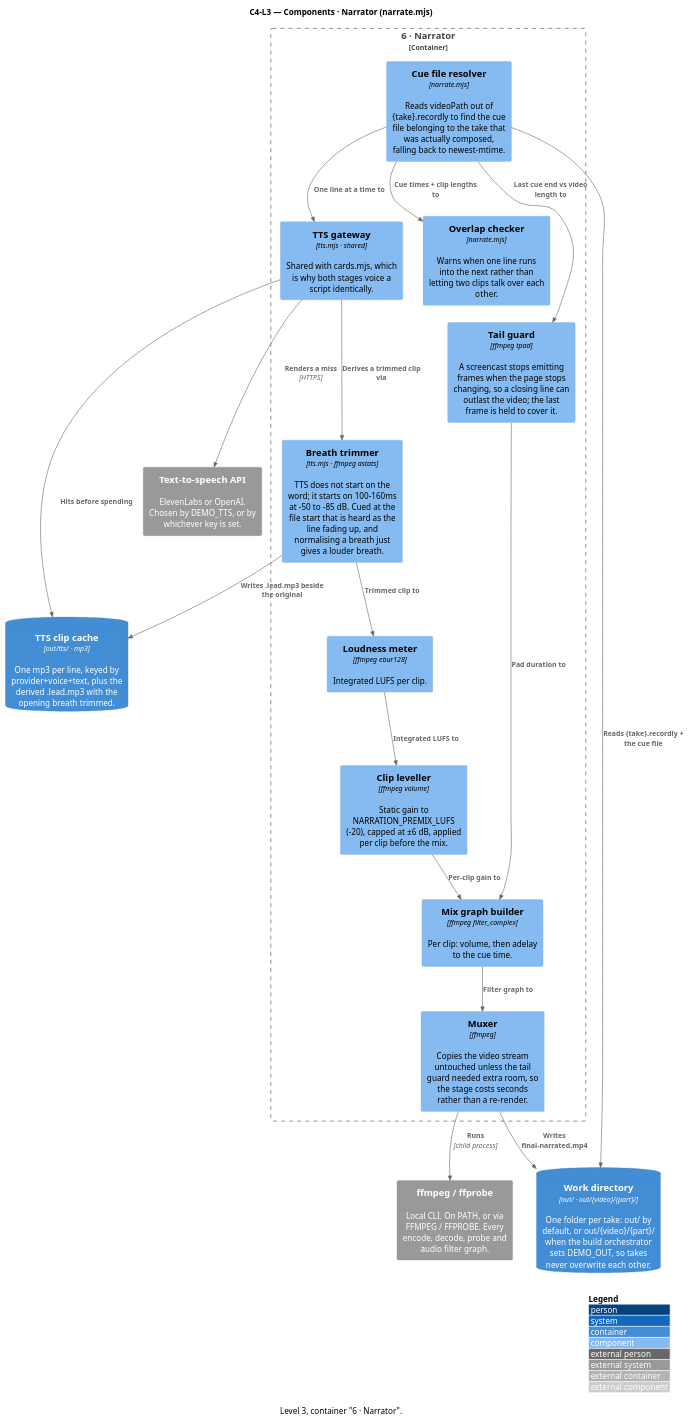
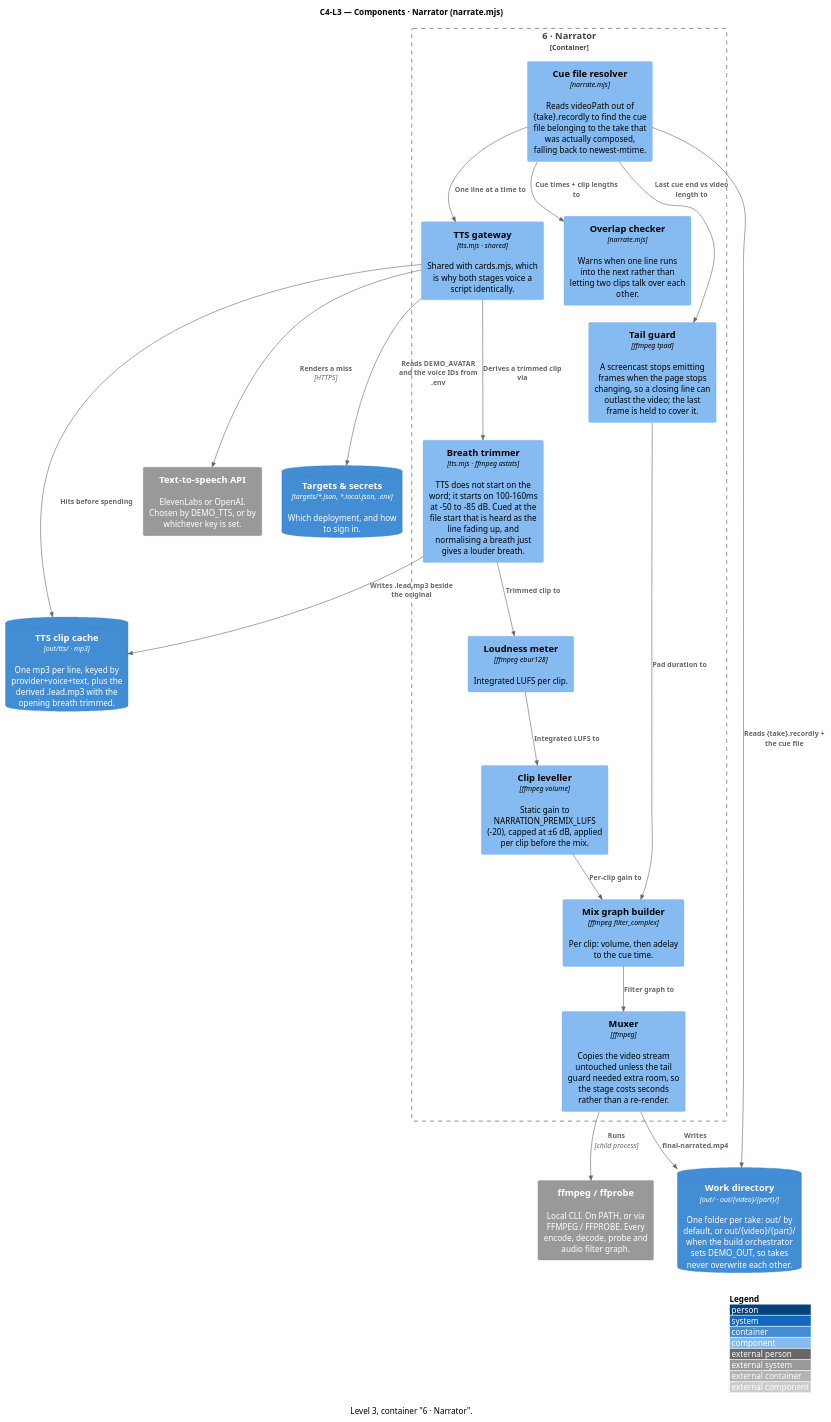
One commit to ssunduko/product-video changed the diagram in docs/c4-l3-narrator.puml. Above: the diagram before and after it, drawn with PlantUML. The commit also changed 27 other files, not shown here.

```diff
--- a/docs/c4-l3-narrator.puml
+++ b/docs/c4-l3-narrator.puml
@@ -1,44 +1,46 @@
 @startuml c4-l3-narrator
 ' Generated by docs/c4-model.mjs — do not edit; edit the model and re-run.
 !include <C4/C4_Component>
 ' No bundled C4 stdlib? Replace the line above with:
 ' !include https://raw.githubusercontent.com/plantuml-stdlib/C4-PlantUML/master/C4_Component.puml
 
 title C4-L3 — Components · Narrator (narrate.mjs)
 caption Level 3, container "6 · Narrator".
 
 ContainerDb(tts_clip_cache, "TTS clip cache", "out/tts/ · mp3", "One mp3 per line, keyed by provider+voice+text, plus the derived .lead.mp3 with the opening breath trimmed.")
 System_Ext(text_to_speech_api, "Text-to-speech API", "ElevenLabs or OpenAI. Chosen by DEMO_TTS, or by whichever key is set.")
 ContainerDb(work_directory, "Work directory", "out/ · out/{video}/{part}/", "One folder per take: out/ by default, or out/{video}/{part}/ when the build orchestrator sets DEMO_OUT, so takes never overwrite each other.")
 System_Ext(ffmpeg_ffprobe, "ffmpeg / ffprobe", "Local CLI. On PATH, or via FFMPEG / FFPROBE. Every encode, decode, probe and audio filter graph.")
+ContainerDb(targets_secrets, "Targets & secrets", "targets/*.json, *.local.json, .env", "Which deployment, and how to sign in.")
 
 Container_Boundary(narrator_2, "6 · Narrator") {
   Component(cue_file_resolver, "Cue file resolver", "narrate.mjs", "Reads videoPath out of {take}.recordly to find the cue file belonging to the take that was actually composed, falling back to newest-mtime.")
   Component(tts_gateway, "TTS gateway", "tts.mjs · shared", "Shared with cards.mjs, which is why both stages voice a script identically.")
   Component(breath_trimmer, "Breath trimmer", "tts.mjs · ffmpeg astats", "TTS does not start on the word; it starts on 100-160ms at -50 to -85 dB. Cued at the file start that is heard as the line fading up, and normalising a breath just gives a louder breath.")
   Component(loudness_meter, "Loudness meter", "ffmpeg ebur128", "Integrated LUFS per clip.")
   Component(clip_leveller, "Clip leveller", "ffmpeg volume", "Static gain to NARRATION_PREMIX_LUFS (-20), capped at ±6 dB, applied per clip before the mix.")
   Component(overlap_checker, "Overlap checker", "narrate.mjs", "Warns when one line runs into the next rather than letting two clips talk over each other.")
   Component(tail_guard, "Tail guard", "ffmpeg tpad", "A screencast stops emitting frames when the page stops changing, so a closing line can outlast the video; the last frame is held to cover it.")
   Component(mix_graph_builder, "Mix graph builder", "ffmpeg filter_complex", "Per clip: volume, then adelay to the cue time.")
   Component(muxer, "Muxer", "ffmpeg", "Copies the video stream untouched unless the tail guard needed extra room, so the stage costs seconds rather than a re-render.")
 }
 
+Rel(tts_gateway, targets_secrets, "Reads DEMO_AVATAR and the voice IDs from .env")
 Rel(cue_file_resolver, work_directory, "Reads {take}.recordly + the cue file")
 Rel(cue_file_resolver, tts_gateway, "One line at a time to")
 Rel(tts_gateway, tts_clip_cache, "Hits before spending")
 Rel(tts_gateway, text_to_speech_api, "Renders a miss", "HTTPS")
 Rel(tts_gateway, breath_trimmer, "Derives a trimmed clip via")
 Rel(breath_trimmer, tts_clip_cache, "Writes .lead.mp3 beside the original")
 Rel(breath_trimmer, loudness_meter, "Trimmed clip to")
 Rel(loudness_meter, clip_leveller, "Integrated LUFS to")
 Rel(cue_file_resolver, overlap_checker, "Cue times + clip lengths to")
 Rel(cue_file_resolver, tail_guard, "Last cue end vs video length to")
 Rel(clip_leveller, mix_graph_builder, "Per-clip gain to")
 Rel(tail_guard, mix_graph_builder, "Pad duration to")
 Rel(mix_graph_builder, muxer, "Filter graph to")
 Rel(muxer, ffmpeg_ffprobe, "Runs", "child process")
 Rel(muxer, work_directory, "Writes final-narrated.mp4")
 
 LAYOUT_WITH_LEGEND()
 @enduml
```
